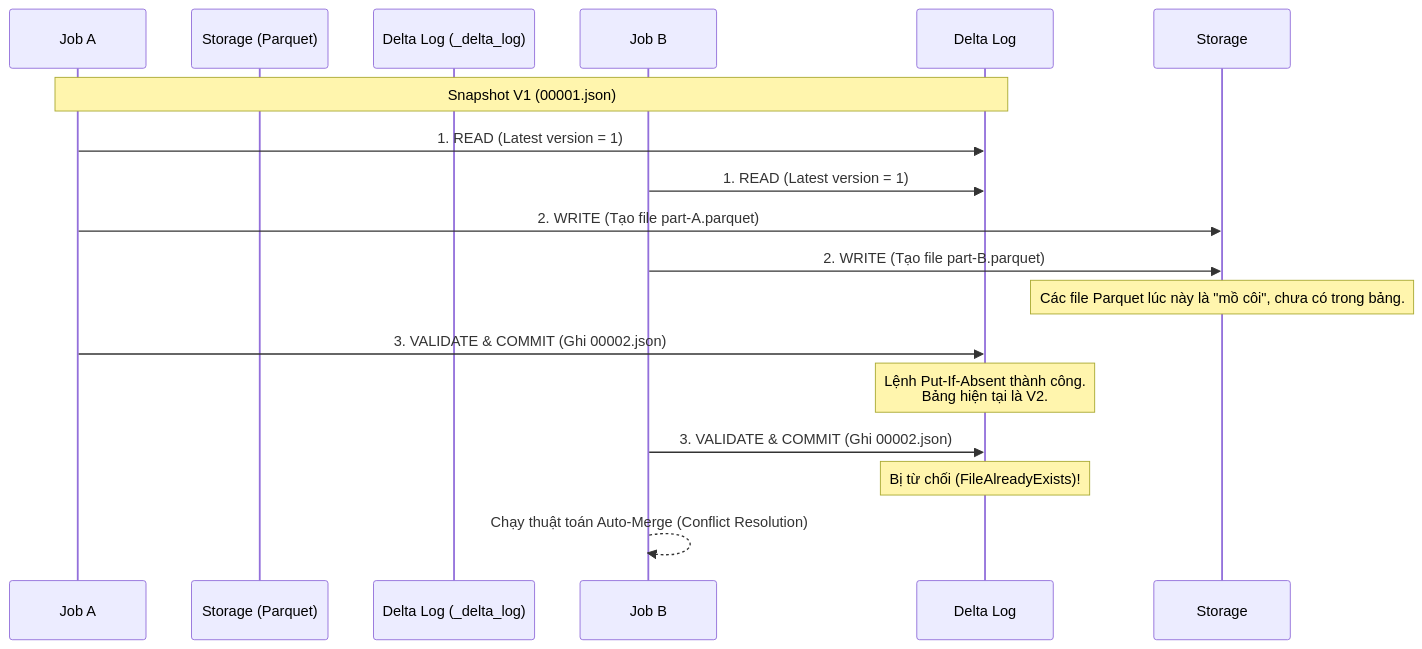
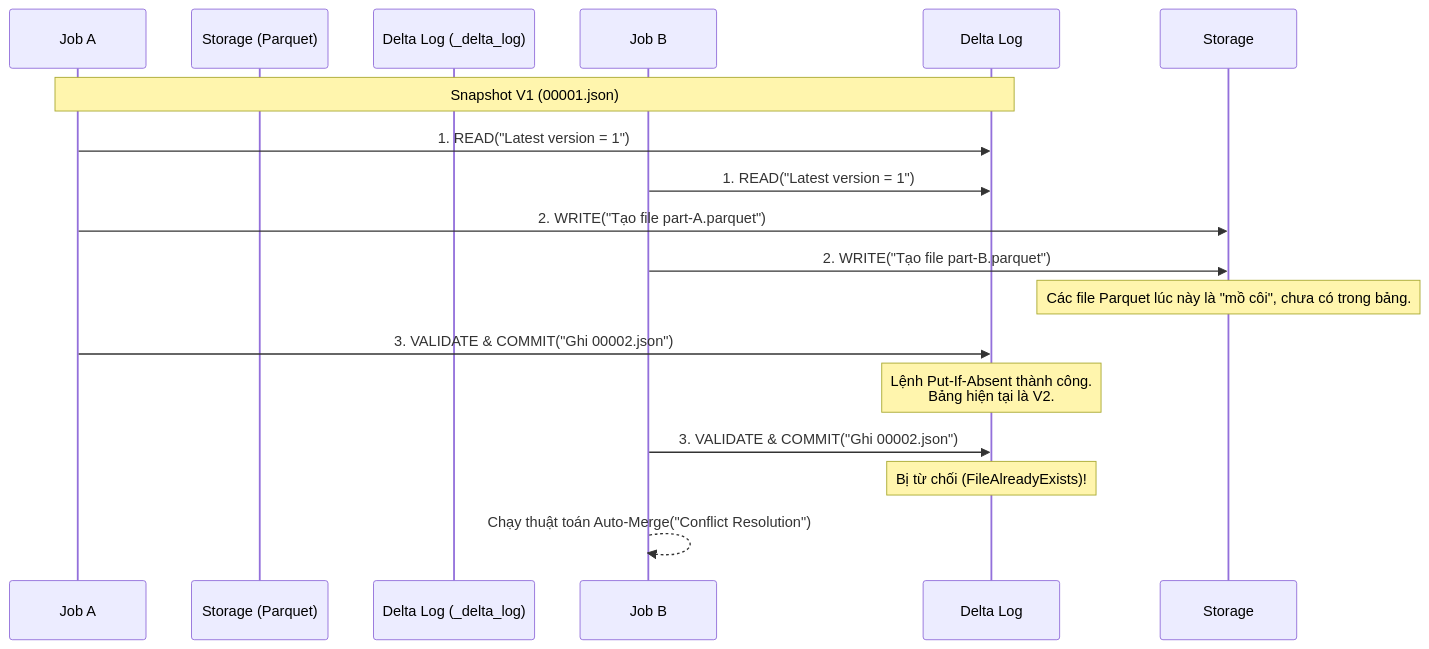
The diagram in src/content/docs/concepts/3-storage-engines-formats/delta-optimistic-concurrency.md (kythuatdulieu/kythuatdulieu.github.io), drawn with Mermaid before and after one commit. The commit also changed 190 other files, not shown here.

Commit message:
fix: resolve mermaid syntax, math rendering, and metadata issues from content rewrite

````diff
--- a/src/content/docs/concepts/3-storage-engines-formats/delta-optimistic-concurrency.md
+++ b/src/content/docs/concepts/3-storage-engines-formats/delta-optimistic-concurrency.md
@@ -22,25 +22,25 @@
 ```mermaid
 sequenceDiagram
     participant Job A
     participant Storage (Parquet)
     participant Delta Log (_delta_log)
     participant Job B
     
     Note over Job A, Delta Log: Snapshot V1 (00001.json)
     
-    Job A->>Delta Log: 1. READ (Latest version = 1)
-    Job B->>Delta Log: 1. READ (Latest version = 1)
+    Job A->>Delta Log: 1. READ("Latest version = 1")
+    Job B->>Delta Log: 1. READ("Latest version = 1")
     
-    Job A->>Storage: 2. WRITE (Tạo file part-A.parquet)
-    Job B->>Storage: 2. WRITE (Tạo file part-B.parquet)
+    Job A->>Storage: 2. WRITE("Tạo file part-A.parquet")
+    Job B->>Storage: 2. WRITE("Tạo file part-B.parquet")
     
     Note over Storage: Các file Parquet lúc này là "mồ côi", chưa có trong bảng.
     
-    Job A->>Delta Log: 3. VALIDATE & COMMIT (Ghi 00002.json)
+    Job A->>Delta Log: 3. VALIDATE & COMMIT("Ghi 00002.json")
     Note over Delta Log: Lệnh Put-If-Absent thành công.<br/>Bảng hiện tại là V2.
     
-    Job B->>Delta Log: 3. VALIDATE & COMMIT (Ghi 00002.json)
+    Job B->>Delta Log: 3. VALIDATE & COMMIT("Ghi 00002.json")
     Note over Delta Log: Bị từ chối (FileAlreadyExists)!
     
-    Job B-->>Job B: Chạy thuật toán Auto-Merge (Conflict Resolution)
+    Job B-->>Job B: Chạy thuật toán Auto-Merge("Conflict Resolution")
 ```
````
